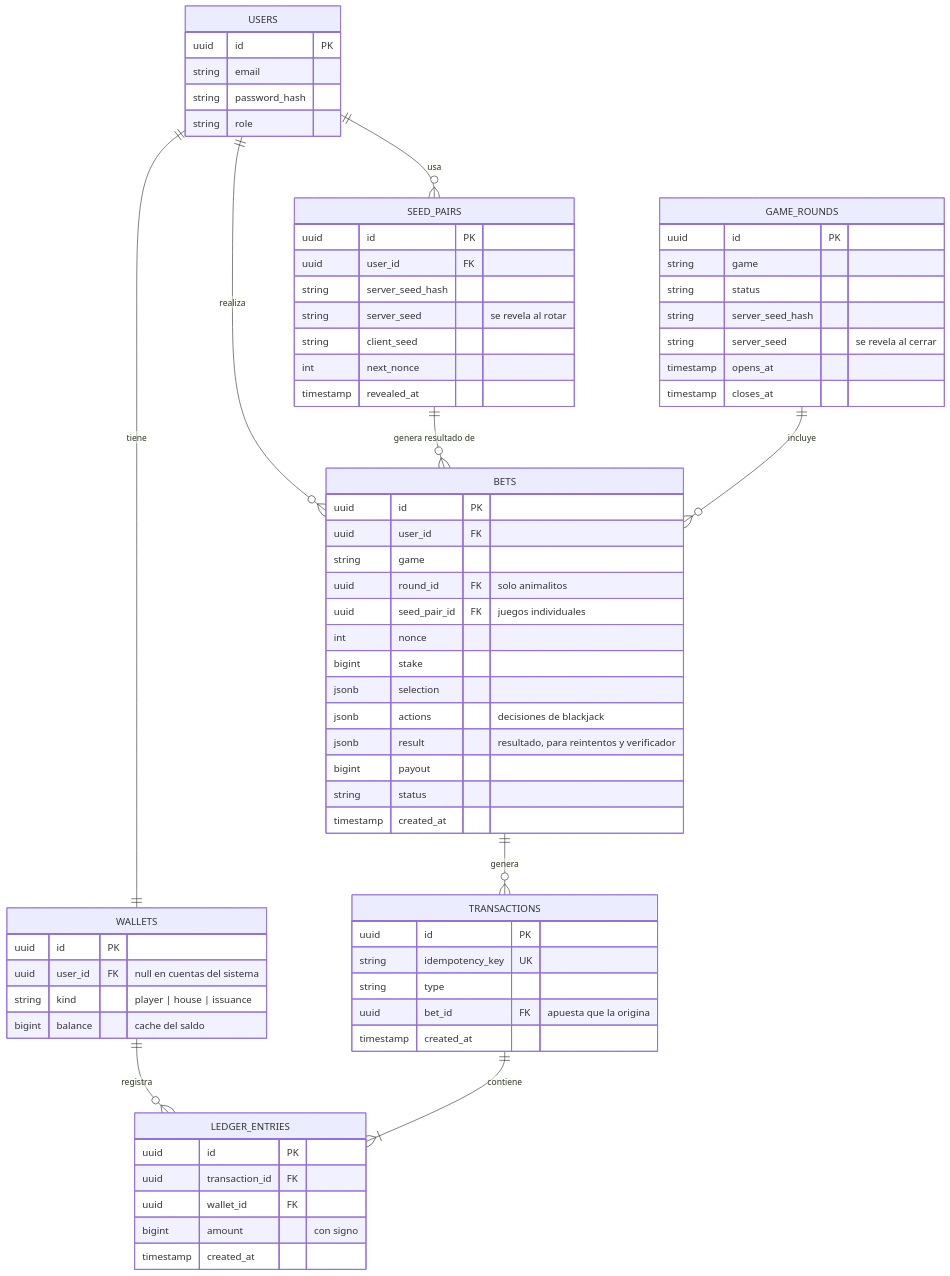
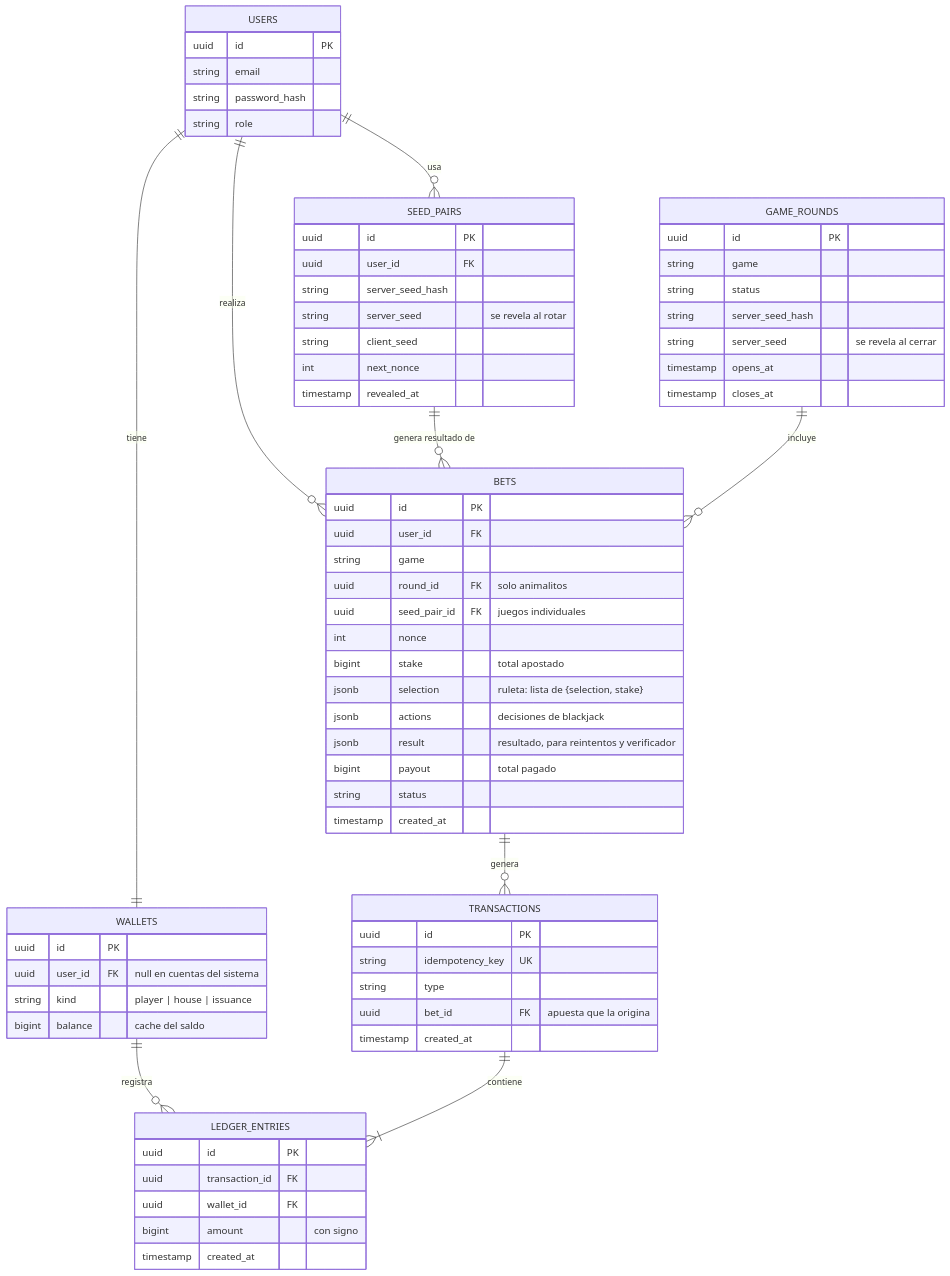
One commit to sebaveaa/casino-simulator changed the third of 6 diagrams in README.md. Above: the diagram before and after it, drawn with Mermaid. The commit also changed other lines of this file and 38 other files, not shown here.

````diff
--- a/README.md
+++ b/README.md
@@ -190,57 +190,57 @@
 ```mermaid
 erDiagram
     USERS ||--|| WALLETS : tiene
     WALLETS ||--o{ LEDGER_ENTRIES : registra
     TRANSACTIONS ||--|{ LEDGER_ENTRIES : contiene
     USERS ||--o{ BETS : realiza
     USERS ||--o{ SEED_PAIRS : usa
     SEED_PAIRS ||--o{ BETS : "genera resultado de"
     GAME_ROUNDS ||--o{ BETS : incluye
     BETS ||--o{ TRANSACTIONS : "genera"
 
     USERS { uuid id PK
             string email
             string password_hash
             string role }
     WALLETS { uuid id PK
               uuid user_id FK "null en cuentas del sistema"
               string kind "player | house | issuance"
               bigint balance "cache del saldo" }
     TRANSACTIONS { uuid id PK
                    string idempotency_key UK
                    string type
                    uuid bet_id FK "apuesta que la origina"
                    timestamp created_at }
     LEDGER_ENTRIES { uuid id PK
                      uuid transaction_id FK
                      uuid wallet_id FK
                      bigint amount "con signo"
                      timestamp created_at }
     SEED_PAIRS { uuid id PK
                  uuid user_id FK
                  string server_seed_hash
                  string server_seed "se revela al rotar"
                  string client_seed
                  int next_nonce
                  timestamp revealed_at }
     GAME_ROUNDS { uuid id PK
                   string game
                   string status
                   string server_seed_hash
                   string server_seed "se revela al cerrar"
                   timestamp opens_at
                   timestamp closes_at }
     BETS { uuid id PK
            uuid user_id FK
            string game
            uuid round_id FK "solo animalitos"
            uuid seed_pair_id FK "juegos individuales"
            int nonce
-           bigint stake
-           jsonb selection
+           bigint stake "total apostado"
+           jsonb selection "ruleta: lista de {selection, stake}"
            jsonb actions "decisiones de blackjack"
            jsonb result "resultado, para reintentos y verificador"
-           bigint payout
+           bigint payout "total pagado"
            string status
            timestamp created_at }
 ```
````
